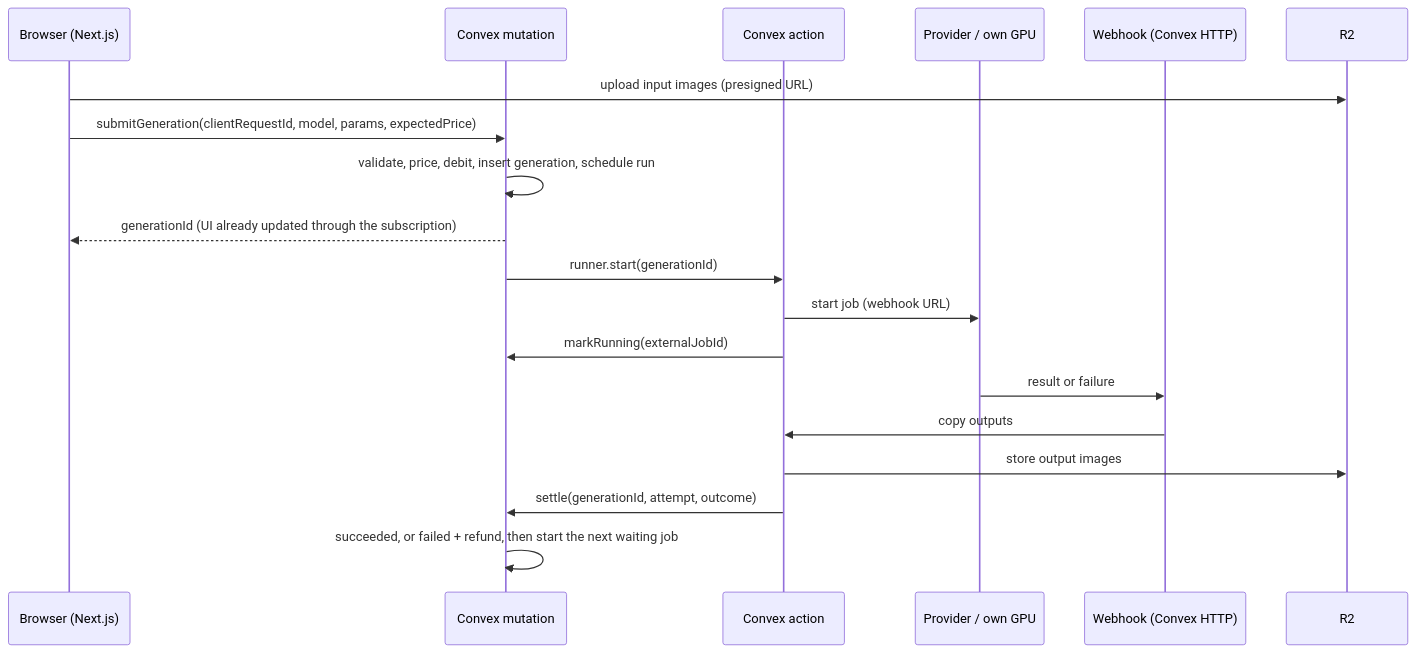
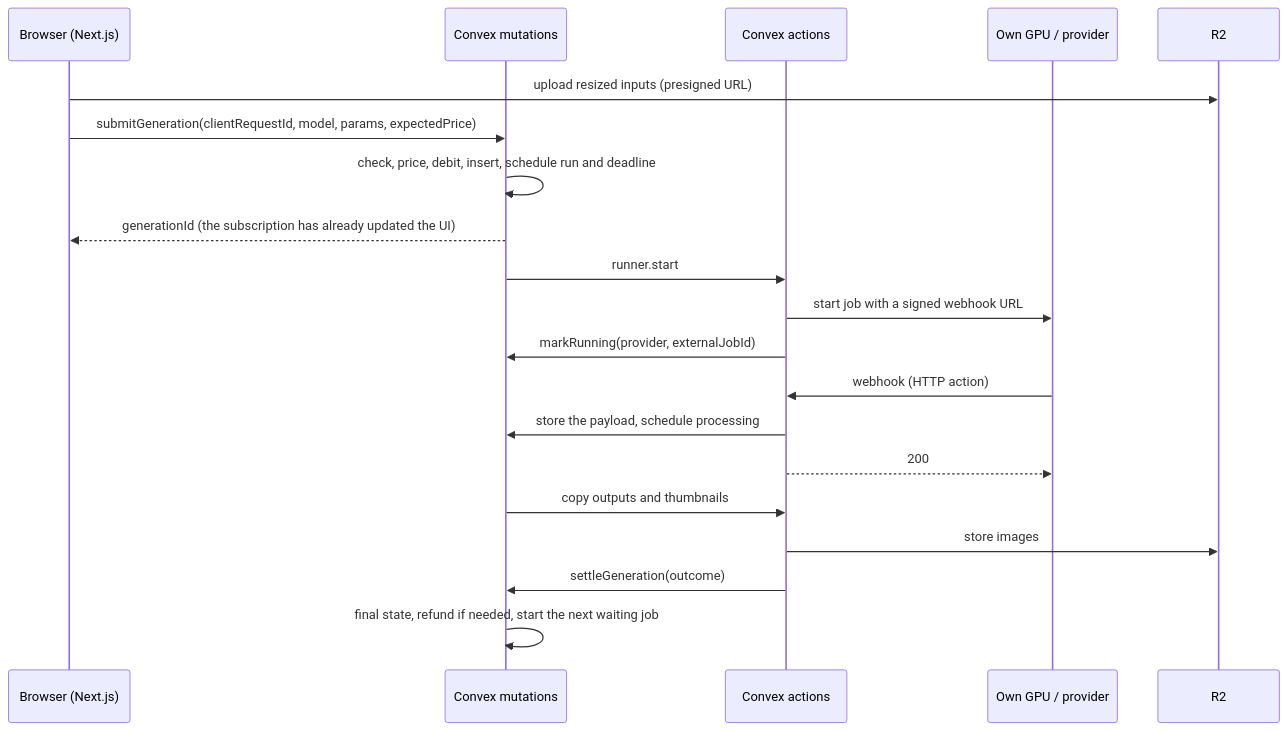
One commit to heykadirhan/credit-image-generation changed the first of 2 diagrams in README.md. Above: the diagram before and after it, drawn with Mermaid. The commit also changed other lines of this file and 28 other files, not shown here.

Commit message:
Workspace credits, plan limits, settle and deadline refunds

````diff
--- a/README.md
+++ b/README.md
@@ -28,21 +34,22 @@
 ```mermaid
 sequenceDiagram
   participant B as Browser (Next.js)
-  participant M as Convex mutation
-  participant A as Convex action
-  participant P as Provider / own GPU
-  participant W as Webhook (Convex HTTP)
+  participant M as Convex mutations
+  participant A as Convex actions
+  participant P as Own GPU / provider
   participant R as R2
-  B->>R: upload input images (presigned URL)
+  B->>R: upload resized inputs (presigned URL)
   B->>M: submitGeneration(clientRequestId, model, params, expectedPrice)
-  M->>M: validate, price, debit, insert generation, schedule run
-  M-->>B: generationId (UI already updated through the subscription)
-  M->>A: runner.start(generationId)
-  A->>P: start job (webhook URL)
-  A->>M: markRunning(externalJobId)
-  P->>W: result or failure
-  W->>A: copy outputs
-  A->>R: store output images
-  A->>M: settle(generationId, attempt, outcome)
-  M->>M: succeeded, or failed + refund, then start the next waiting job
+  M->>M: check, price, debit, insert, schedule run and deadline
+  M-->>B: generationId (the subscription has already updated the UI)
+  M->>A: runner.start
+  A->>P: start job with a signed webhook URL
+  A->>M: markRunning(provider, externalJobId)
+  P->>A: webhook (HTTP action)
+  A->>M: store the payload, schedule processing
+  A-->>P: 200
+  M->>A: copy outputs and thumbnails
+  A->>R: store images
+  A->>M: settleGeneration(outcome)
+  M->>M: final state, refund if needed, start the next waiting job
 ```
````
